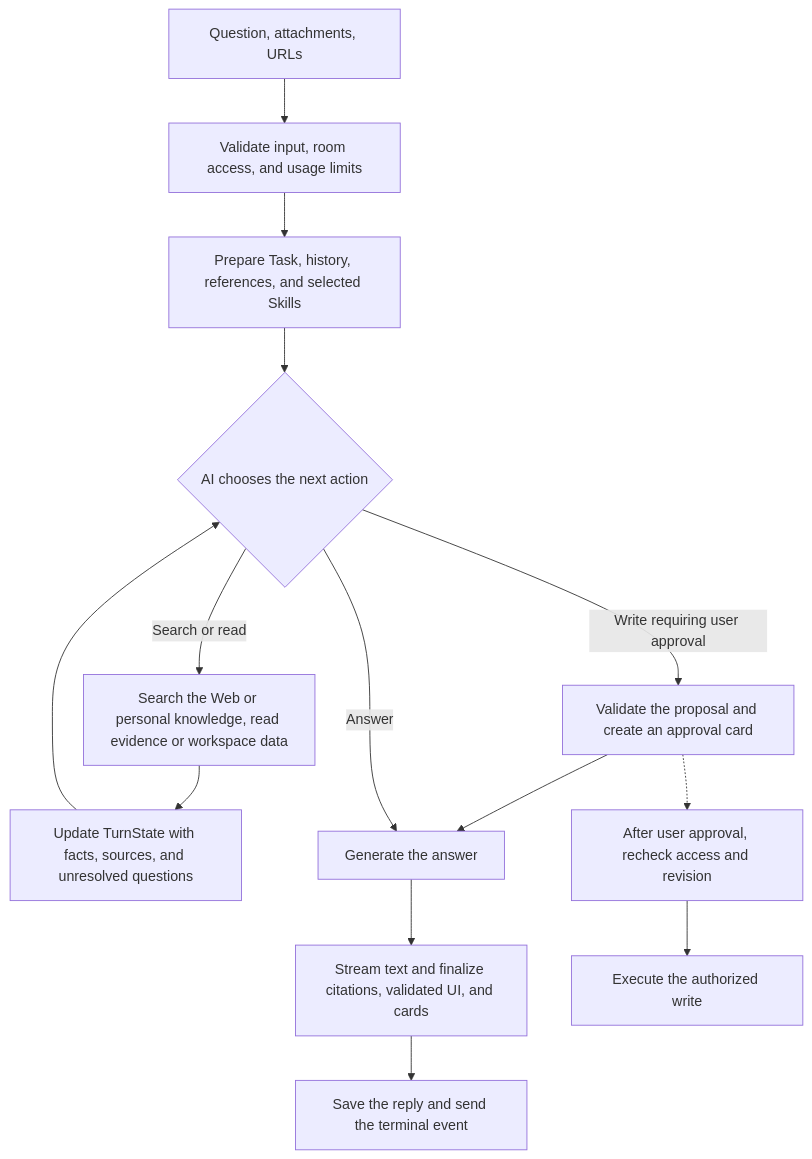
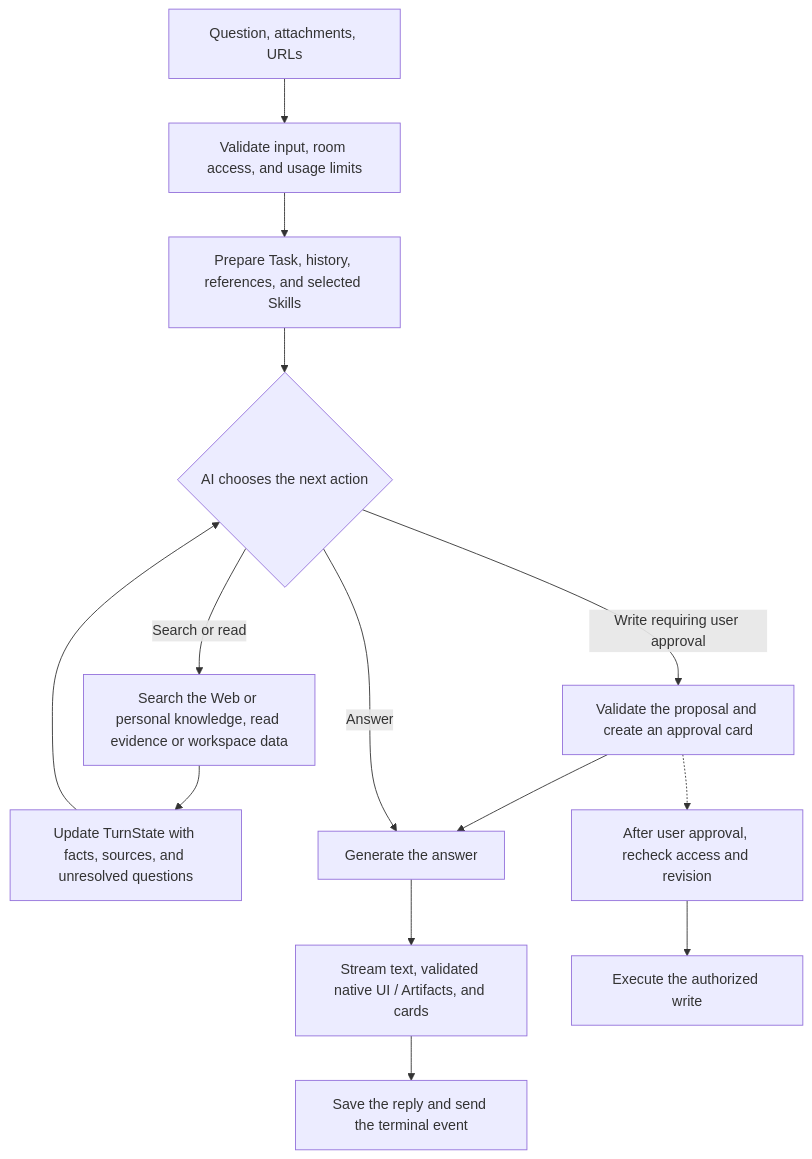
The second of 8 diagrams in README.md (kota-kawa/ChatCore-AI), drawn with Mermaid before and after one commit. The commit also changed other lines of this file and 113 other files, not shown here.

````diff
--- a/README.md
+++ b/README.md
@@ -94,16 +94,16 @@
 ```mermaid
 flowchart TD
     Input["Question, attachments, URLs"] --> Validate["Validate input, room access, and usage limits"]
     Validate --> Context["Prepare Task, history, references, and selected Skills"]
     Context --> Decide{"AI chooses the next action"}
     Decide -->|Search or read| Lookup["Search the Web or personal knowledge, read evidence or workspace data"]
     Lookup --> State["Update TurnState with facts, sources, and unresolved questions"]
     State --> Decide
     Decide -->|Write requiring user approval| Approval["Validate the proposal and create an approval card"]
     Approval --> Answer["Generate the answer"]
     Decide -->|Answer| Answer
-    Answer --> Output["Stream text and finalize citations, validated UI, and cards"]
+    Answer --> Output["Stream text, validated native UI / Artifacts, and cards"]
     Output --> Save["Save the reply and send the terminal event"]
     Approval -.-> Gate["After user approval, recheck access and revision"]
     Gate --> Write["Execute the authorized write"]
 ```
````
